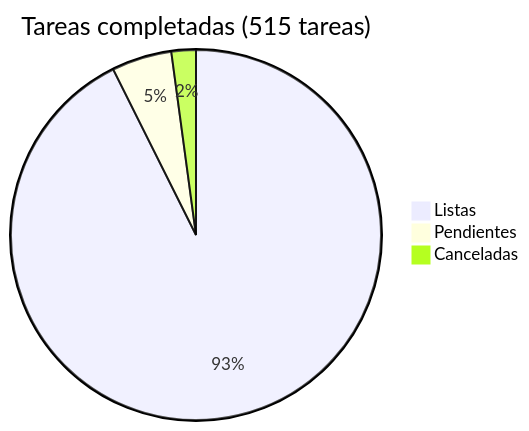
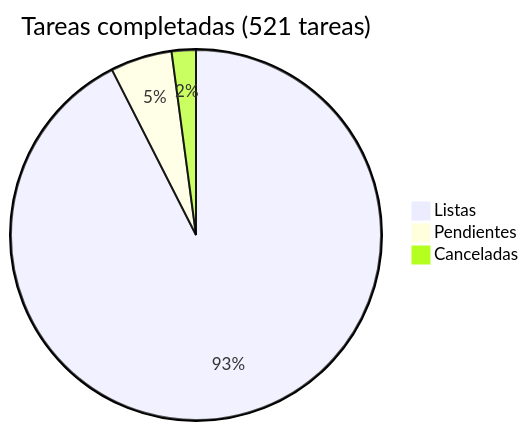
One commit to araguaney-lat/araguaney changed the diagram in docs/roadmap/README.md. Above: the diagram before and after it, drawn with Mermaid. The commit also changed other lines of this file and 3 other files, not shown here.

````diff
--- a/docs/roadmap/README.md
+++ b/docs/roadmap/README.md
@@ -5,6 +5,6 @@
 ```mermaid
-pie title Tareas completadas (515 tareas)
-    "Listas" : 477
-    "Pendientes" : 27
+pie title Tareas completadas (521 tareas)
+    "Listas" : 482
+    "Pendientes" : 28
     "Canceladas" : 11
 ```
````
